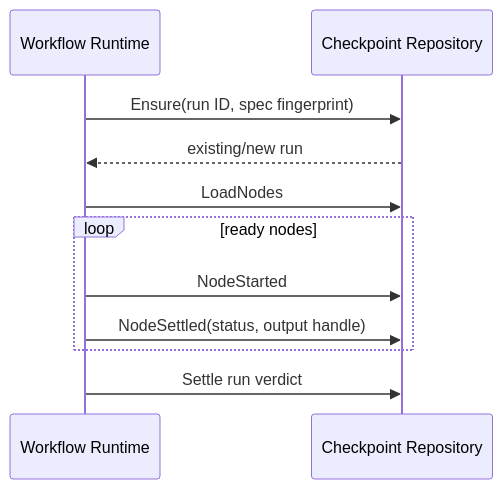
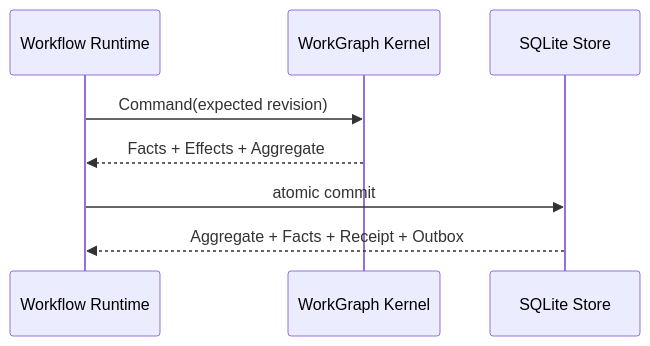
One commit to fwtllh-png/CodeHelper changed the diagram in docs/book/en/09-task-orchestration/04-checkpoint-and-recovery.md. Above: the diagram before and after it, drawn with Mermaid. The commit also changed other lines of this file and 143 other files, not shown here.

````diff
--- a/docs/book/en/09-task-orchestration/04-checkpoint-and-recovery.md
+++ b/docs/book/en/09-task-orchestration/04-checkpoint-and-recovery.md
@@ -36,13 +40,10 @@
 ```mermaid
 sequenceDiagram
     participant R as Workflow Runtime
-    participant C as Checkpoint Repository
-    R->>C: Ensure(run ID, spec fingerprint)
-    C-->>R: existing/new run
-    R->>C: LoadNodes
-    loop ready nodes
-      R->>C: NodeStarted
-      R->>C: NodeSettled(status, output handle)
-    end
-    R->>C: Settle run verdict
+    participant K as WorkGraph Kernel
+    participant S as SQLite Store
+    R->>K: Command(expected revision)
+    K-->>R: Facts + Effects + Aggregate
+    R->>S: atomic commit
+    S-->>R: Aggregate + Facts + Receipt + Outbox
 ```
````
